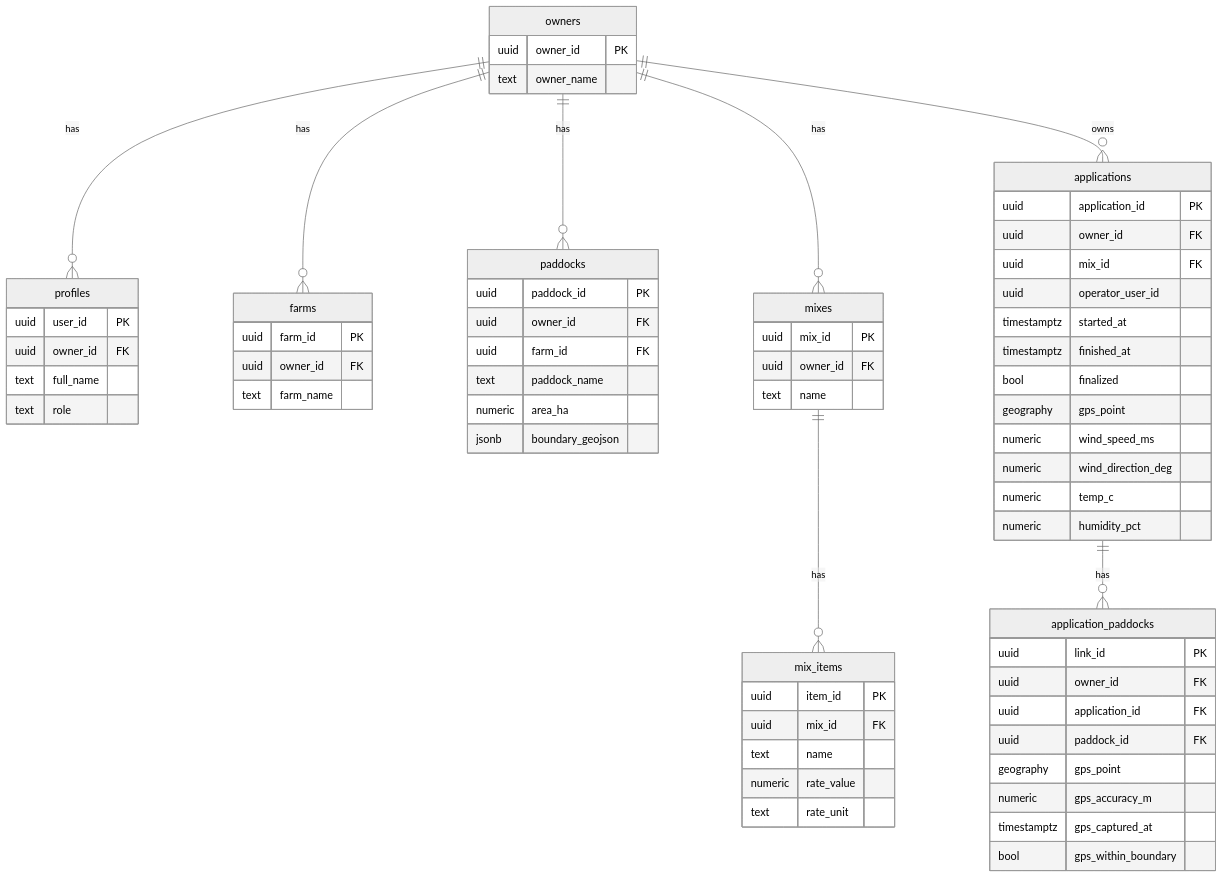
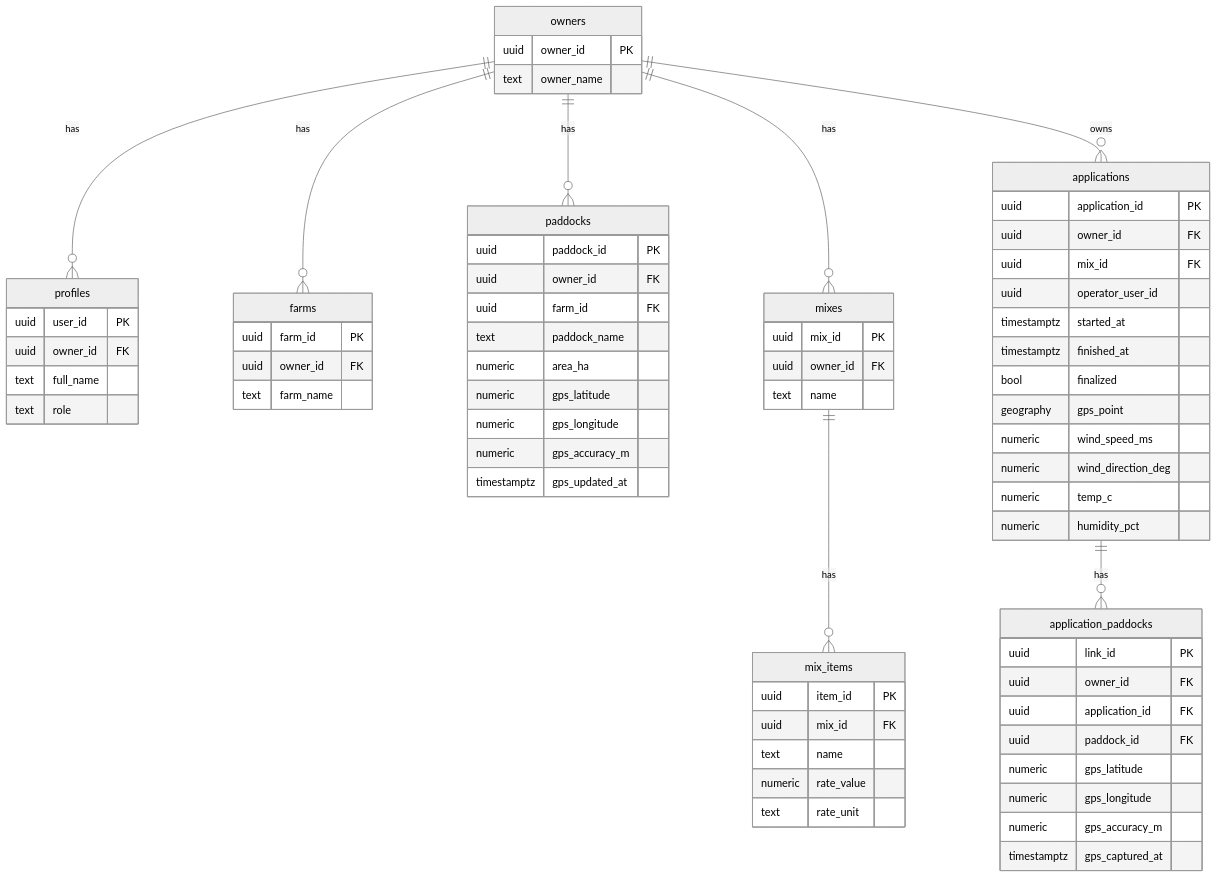
The second of 3 diagrams in docs/DesignBrief.md (rusty61/On-Farm-inputs-QA-App), drawn with Mermaid (neutral theme) before and after one commit. The commit also changed other lines of this file, not shown here.

Commit message:
Document current paddock GPS fields

````diff
--- a/docs/DesignBrief.md
+++ b/docs/DesignBrief.md
@@ -41,70 +41,73 @@
 ```mermaid
 erDiagram
   owners ||--o{ profiles : "has"
   owners ||--o{ farms : "has"
   owners ||--o{ paddocks : "has"
   owners ||--o{ mixes : "has"
   mixes ||--o{ mix_items : "has"
   owners ||--o{ applications : "owns"
   applications ||--o{ application_paddocks : "has"
 
   owners {
     uuid owner_id PK
     text owner_name
   }
   profiles {
     uuid user_id PK
     uuid owner_id FK
     text full_name
     text role
   }
   farms {
     uuid farm_id PK
     uuid owner_id FK
     text farm_name
   }
   paddocks {
     uuid paddock_id PK
     uuid owner_id FK
     uuid farm_id FK
     text paddock_name
     numeric area_ha
-    jsonb boundary_geojson
+    numeric gps_latitude
+    numeric gps_longitude
+    numeric gps_accuracy_m
+    timestamptz gps_updated_at
   }
   mixes {
     uuid mix_id PK
     uuid owner_id FK
     text name
   }
   mix_items {
     uuid item_id PK
     uuid mix_id FK
     text name
     numeric rate_value
     text rate_unit
   }
   applications {
     uuid application_id PK
     uuid owner_id FK
     uuid mix_id FK
     uuid operator_user_id
     timestamptz started_at
     timestamptz finished_at
     bool finalized
     geography gps_point
     numeric wind_speed_ms
     numeric wind_direction_deg
     numeric temp_c
     numeric humidity_pct
   }
   application_paddocks {
     uuid link_id PK
     uuid owner_id FK
     uuid application_id FK
     uuid paddock_id FK
-    geography gps_point
+    numeric gps_latitude
+    numeric gps_longitude
     numeric gps_accuracy_m
     timestamptz gps_captured_at
-    bool gps_within_boundary
   }
 ```
````
